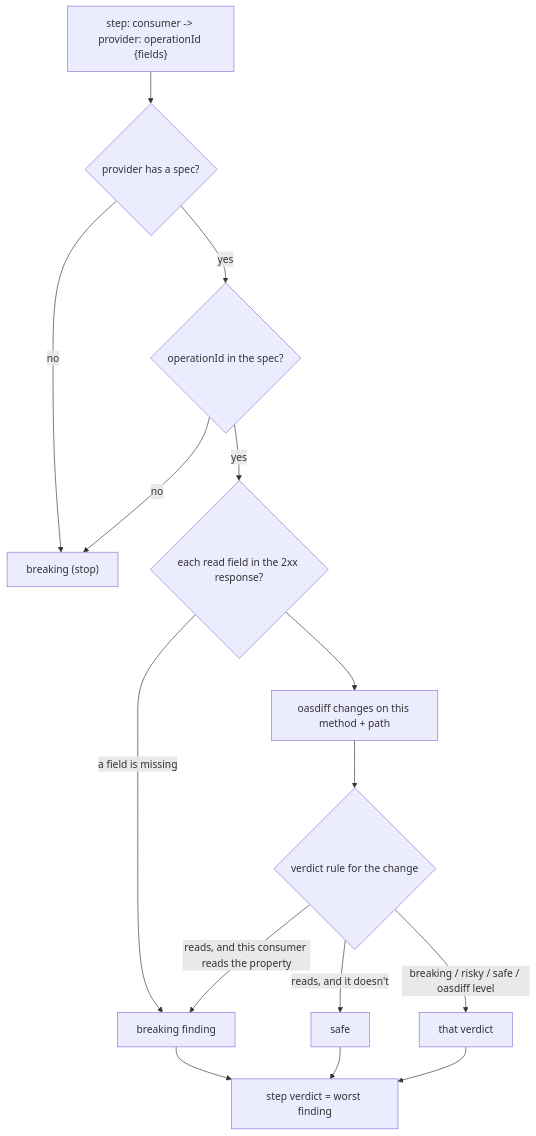
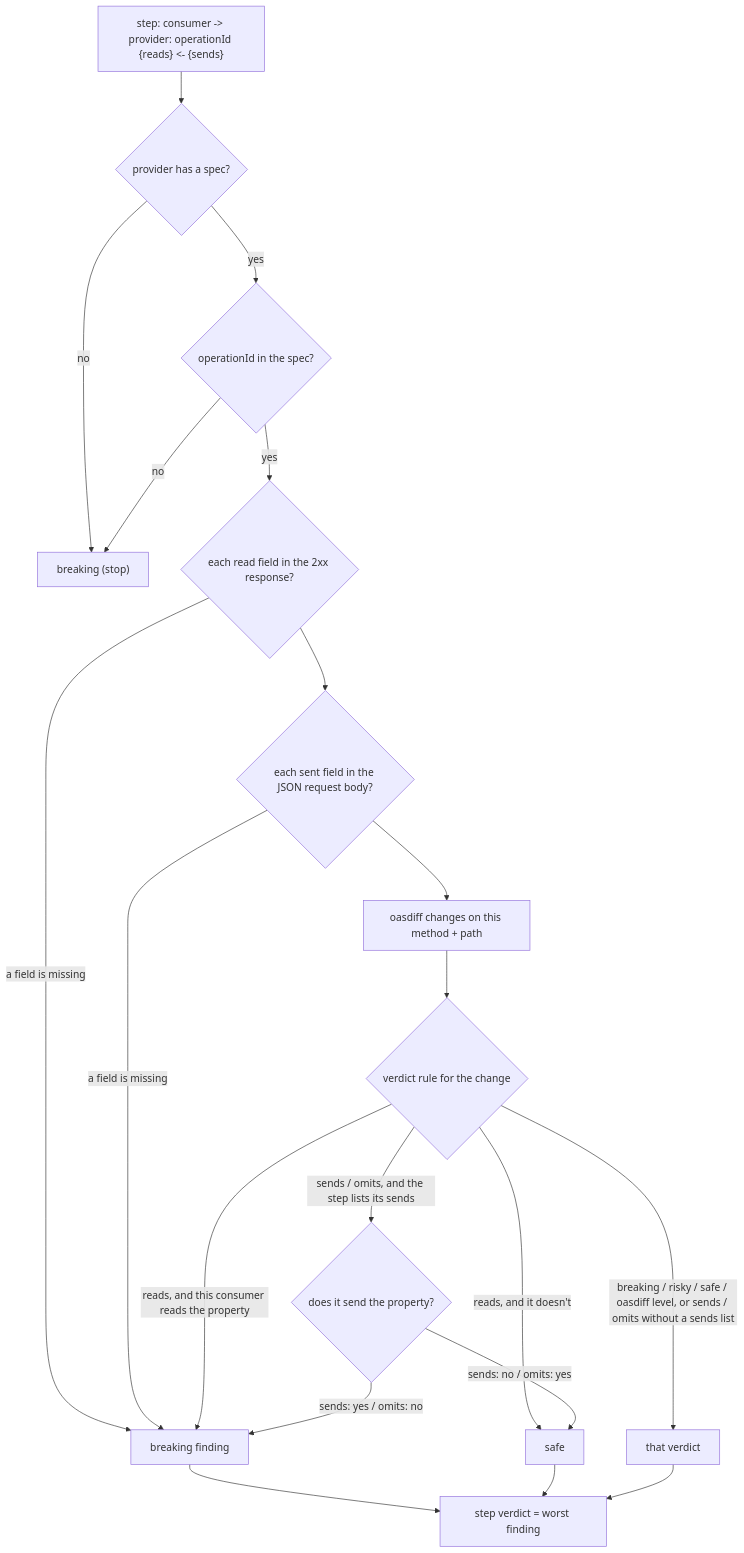
Before and after one commit to escherize/selvage: the diagram in README.md, drawn with Mermaid. The commit also changed other lines of this file and 6 other files, not shown here.

First line of the commit message:
Check the request fields a flow step sends

````diff
--- a/README.md
+++ b/README.md
@@ -39,17 +39,22 @@
 ```mermaid
 flowchart TD
-  S["step: consumer -> provider: operationId {fields}"] --> A{"provider has a spec?"}
+  S["step: consumer -> provider: operationId {reads} <- {sends}"] --> A{"provider has a spec?"}
   A -- no --> X["breaking (stop)"]
   A -- yes --> O{"operationId in the spec?"}
   O -- no --> X
   O -- yes --> F{"each read field in the 2xx response?"}
   F -- "a field is missing" --> B["breaking finding"]
-  F --> C["oasdiff changes on this method + path"]
+  F --> Q{"each sent field in the JSON request body?"}
+  Q -- "a field is missing" --> B
+  Q --> C["oasdiff changes on this method + path"]
   C --> R{"verdict rule for the change"}
   R -- "reads, and this consumer reads the property" --> B
   R -- "reads, and it doesn't" --> OK["safe"]
-  R -- "breaking / risky / safe / oasdiff level" --> V["that verdict"]
+  R -- "sends / omits, and the step lists its sends" --> SO{"does it send the property?"}
+  SO -- "sends: yes / omits: no" --> B
+  SO -- "sends: no / omits: yes" --> OK
+  R -- "breaking / risky / safe / oasdiff level, or sends / omits without a sends list" --> V["that verdict"]
   B --> W["step verdict = worst finding"]
   OK --> W
   V --> W
 ```
````
